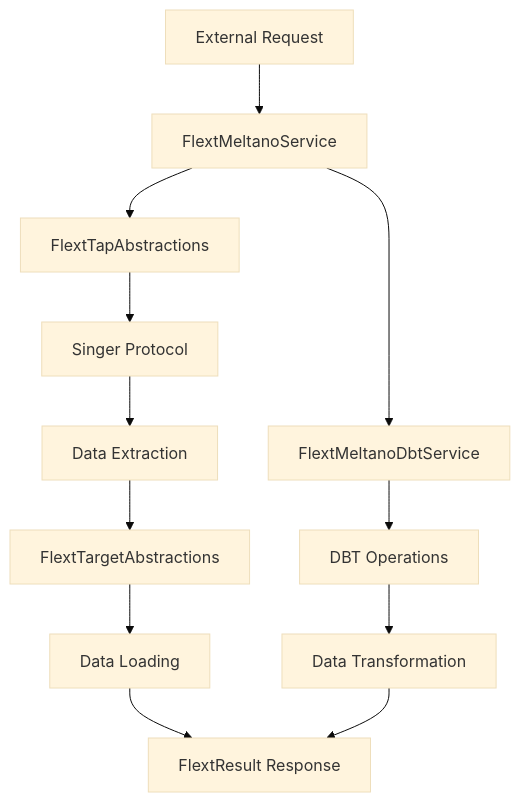
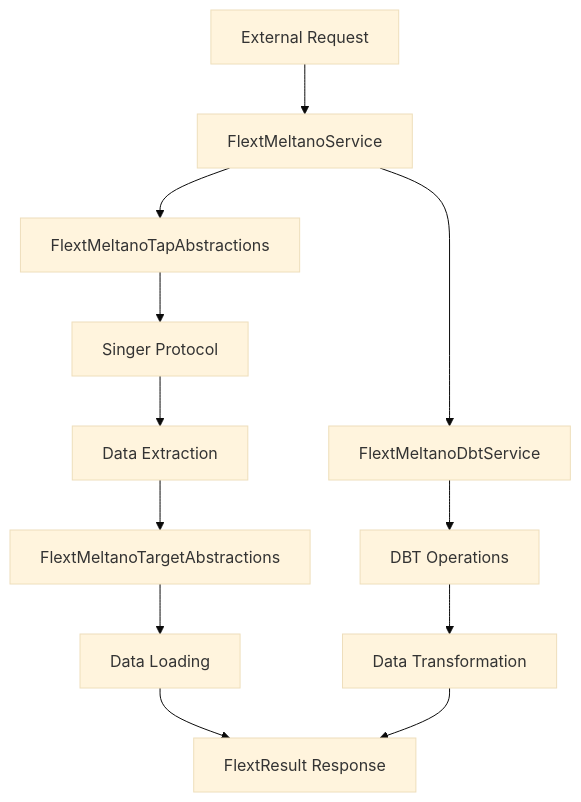
One commit to flext-sh/flext-meltano changed the first of 2 diagrams in docs/architecture.md. Above: the diagram before and after it, drawn with Mermaid (base theme). The commit also changed other lines of this file and 30 other files, not shown here.

````diff
--- a/docs/architecture.md
+++ b/docs/architecture.md
@@ -97,15 +97,15 @@
 ```mermaid
 graph TD
     A[External Request] --> B[FlextMeltanoService]
-    B --> C[FlextTapAbstractions]
+    B --> C[FlextMeltanoTapAbstractions]
     C --> D[Singer Protocol]
     D --> E[Data Extraction]
-    E --> F[FlextTargetAbstractions]
+    E --> F[FlextMeltanoTargetAbstractions]
     F --> G[Data Loading]
     G --> H[FlextResult Response]
 
     B --> I[FlextMeltanoDbtService]
     I --> J[DBT Operations]
     J --> K[Data Transformation]
     K --> H
 ```
````
